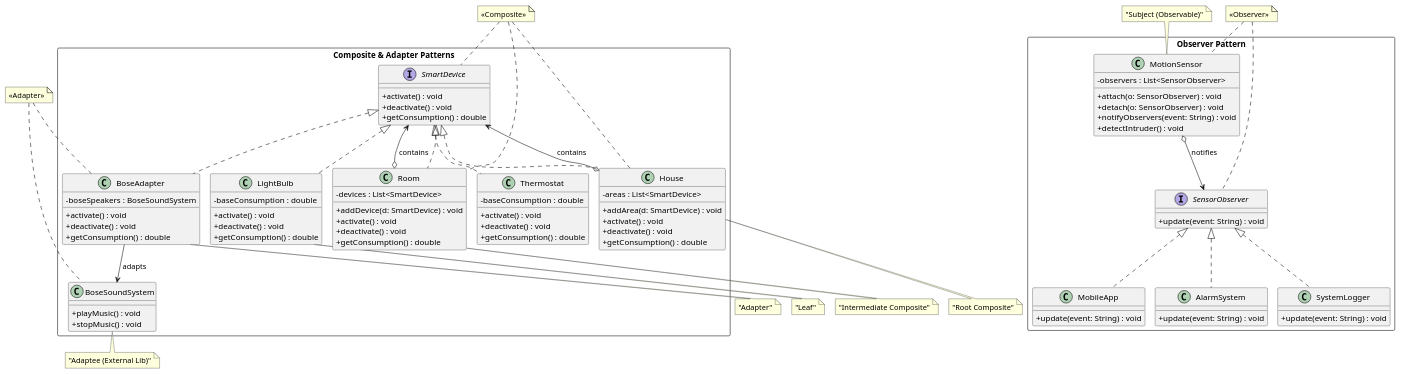
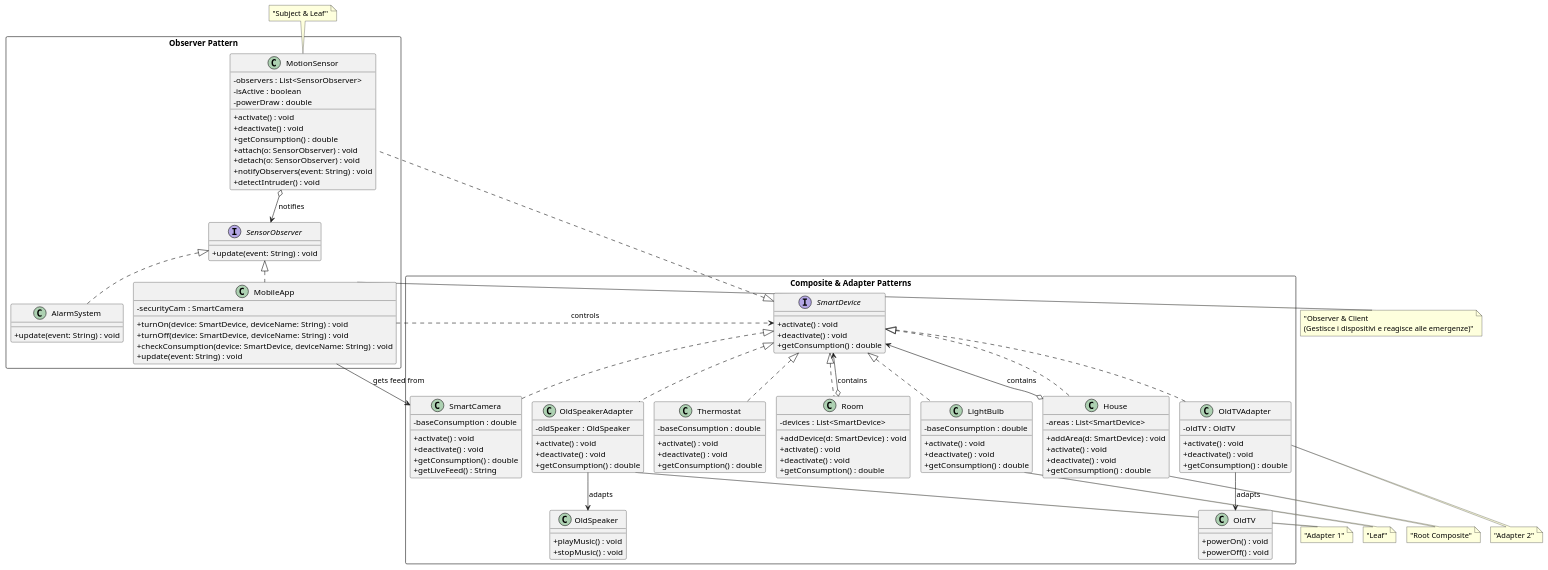
The diagram in uml/diagramma.puml (AndreaDiPietro0/SmartHomeSWE), drawn with PlantUML before and after one commit.

Commit message:
nuovo diagramma UML, aggiunte funzioni

```diff
--- a/uml/diagramma.puml
+++ b/uml/diagramma.puml
@@ -1,125 +1,146 @@
 @startuml
 !pragma layout smetana
 skinparam classAttributeIconSize 0
 
-' Composite e Adapter pattern
+' Composite e adapter
 package "Composite & Adapter Patterns" <<Rectangle>> {
 
     interface SmartDevice {
         + activate() : void
         + deactivate() : void
         + getConsumption() : double
     }
 
     class LightBulb {
         - baseConsumption : double
         + activate() : void
         + deactivate() : void
         + getConsumption() : double
     }
 
     class Thermostat {
         - baseConsumption : double
         + activate() : void
         + deactivate() : void
         + getConsumption() : double
     }
 
+    class SmartCamera {
+        - baseConsumption : double
+        + activate() : void
+        + deactivate() : void
+        + getConsumption() : double
+        + getLiveFeed() : String
+    }
+
     class Room {
         - devices : List<SmartDevice>
         + addDevice(d: SmartDevice) : void
         + activate() : void
         + deactivate() : void
         + getConsumption() : double
     }
 
     class House {
         - areas : List<SmartDevice>
         + addArea(d: SmartDevice) : void
         + activate() : void
         + deactivate() : void
         + getConsumption() : double
     }
 
-    class BoseSoundSystem {
+    class OldSpeaker {
         + playMusic() : void
         + stopMusic() : void
     }
 
-    class BoseAdapter {
-        - boseSpeakers : BoseSoundSystem
+    class OldSpeakerAdapter {
+        - oldSpeaker : OldSpeaker
         + activate() : void
         + deactivate() : void
         + getConsumption() : double
     }
 
-    ' Composite relazioni
+    class OldTV {
+        + powerOn() : void
+        + powerOff() : void
+    }
+
+    class OldTVAdapter {
+        - oldTV : OldTV
+        + activate() : void
+        + deactivate() : void
+        + getConsumption() : double
+    }
+
+    ' relazioni composite
     SmartDevice <|.. LightBulb
     SmartDevice <|.. Thermostat
+    SmartDevice <|.. SmartCamera
     SmartDevice <|.. Room
     SmartDevice <|.. House
 
     Room o--> SmartDevice : contains
     House o--> SmartDevice : contains
 
-    ' Adapter relazioni
-    SmartDevice <|.. BoseAdapter
-    BoseAdapter --> BoseSoundSystem : adapts
+    ' relazioni adapter
+    SmartDevice <|.. OldSpeakerAdapter
+    SmartDevice <|.. OldTVAdapter
+    OldSpeakerAdapter --> OldSpeaker : adapts
+    OldTVAdapter --> OldTV : adapts
 }
 
-' Observer pattern, sistema per notifiche
+' Observer e sensore che fa da ponte
 package "Observer Pattern" <<Rectangle>> {
 
     interface SensorObserver {
         + update(event: String) : void
     }
 
     class MobileApp {
+        - securityCam : SmartCamera
+        + turnOn(device: SmartDevice, deviceName: String) : void
+        + turnOff(device: SmartDevice, deviceName: String) : void
+        + checkConsumption(device: SmartDevice, deviceName: String) : void
         + update(event: String) : void
     }
 
     class AlarmSystem {
         + update(event: String) : void
     }
 
-    class SystemLogger {
-        + update(event: String) : void
-    }
-
     class MotionSensor {
         - observers : List<SensorObserver>
+        - isActive : boolean
+        - powerDraw : double
+        + activate() : void
+        + deactivate() : void
+        + getConsumption() : double
         + attach(o: SensorObserver) : void
         + detach(o: SensorObserver) : void
         + notifyObservers(event: String) : void
         + detectIntruder() : void
     }
 
-    '  relazioni Observer
+    ' MotionSensor fa da ponte tra i pattern, è sia SmartDevice nel composite che subject nell'observer
+    SmartDevice <|.. MotionSensor
+
+    ' relazioni observer
     SensorObserver <|.. MobileApp
     SensorObserver <|.. AlarmSystem
-    SensorObserver <|.. SystemLogger
+    MotionSensor o--> SensorObserver : notifies
 
-    MotionSensor o--> SensorObserver : notifies
+    ' connessioni della MobileApp
+    MobileApp --> SmartCamera : gets feed from
+    MobileApp ..> SmartDevice : controls
 }
 
 ' note
 note bottom of House : "Root Composite"
-note bottom of Room : "Intermediate Composite"
 note bottom of LightBulb : "Leaf"
-note bottom of BoseAdapter : "Adapter"
-note bottom of BoseSoundSystem : "Adaptee (External Lib)"
-note top of MotionSensor : "Subject (Observable)"
-note "«Composite»" as N1
-N1 .. House
-N1 .. Room
-N1 .. SmartDevice
-
-note "«Adapter»" as N2
-N2 .. BoseAdapter
-N2 .. BoseSoundSystem
-
-note "«Observer»" as N3
-N3 .. MotionSensor
-N3 .. SensorObserver
+note bottom of OldSpeakerAdapter : "Adapter 1"
+note bottom of OldTVAdapter : "Adapter 2"
+note top of MotionSensor : "Subject & Leaf"
+note right of MobileApp : "Observer & Client\n(Gestisce i dispositivi e reagisce alle emergenze)"
 
 @enduml
```
